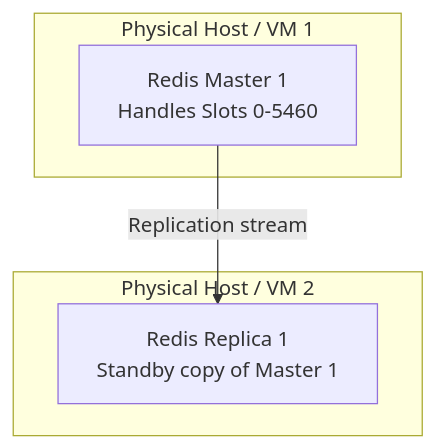
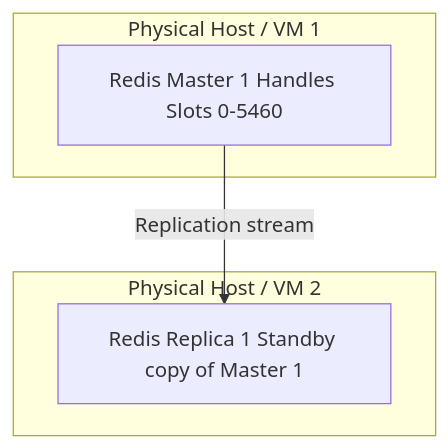
Before and after one commit to Chandra179/atlas: the sixth of 16 diagrams in blog/astro/src/content/docs/uber-architecture.md, drawn with Mermaid. The commit also changed other lines of this file and 1 other file, not shown here.

````diff
--- a/blog/astro/src/content/docs/uber-architecture.md
+++ b/blog/astro/src/content/docs/uber-architecture.md
@@ -319,10 +319,10 @@
 ```mermaid
 graph TB
     subgraph VM1["Physical Host / VM 1"]
-        M1["Redis Master 1<br/>Handles Slots 0-5460"]
+        M1["Redis Master 1 Handles Slots 0-5460"]
     end
     M1 -->|Replication stream| R1
     subgraph VM2["Physical Host / VM 2"]
-        R1["Redis Replica 1<br/>Standby copy of Master 1"]
+        R1["Redis Replica 1 Standby copy of Master 1"]
     end
 ```
````
